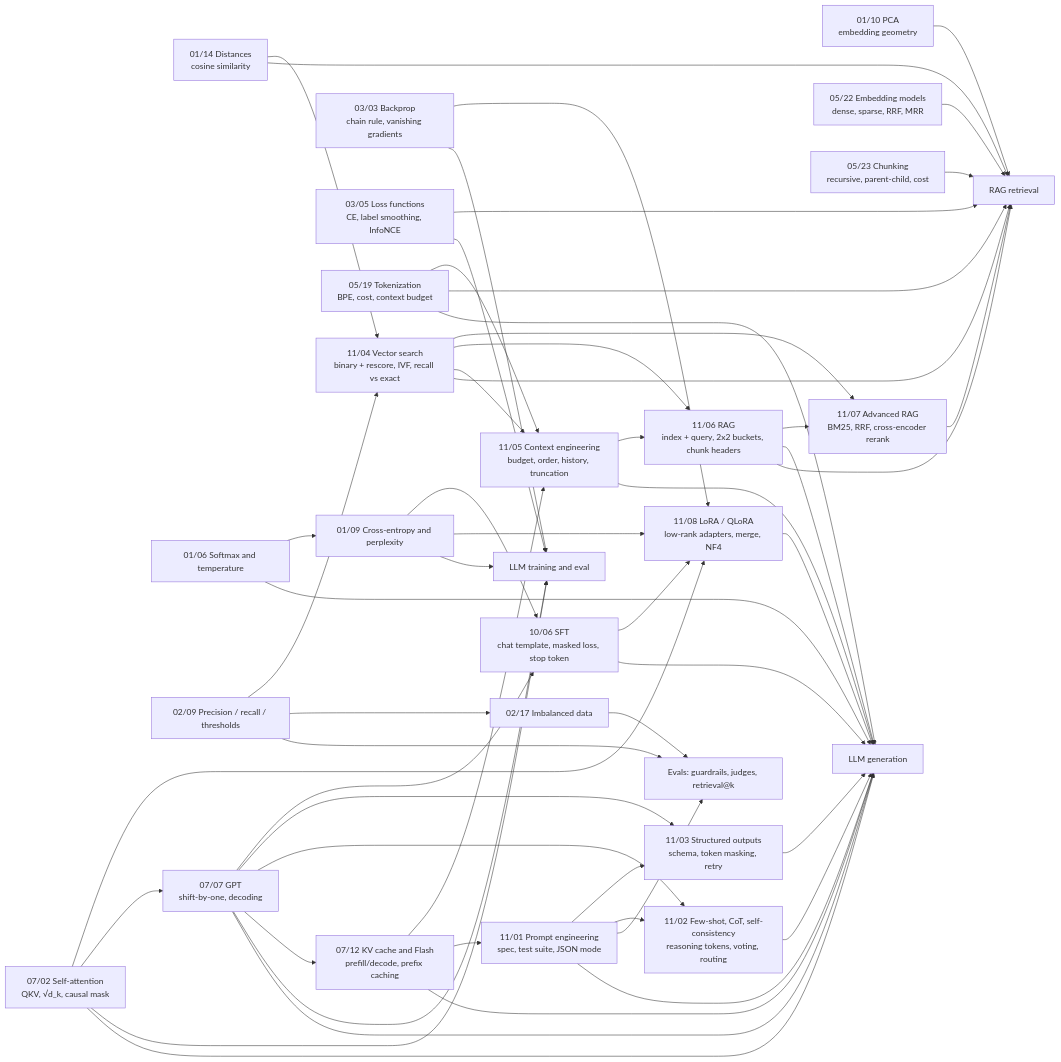
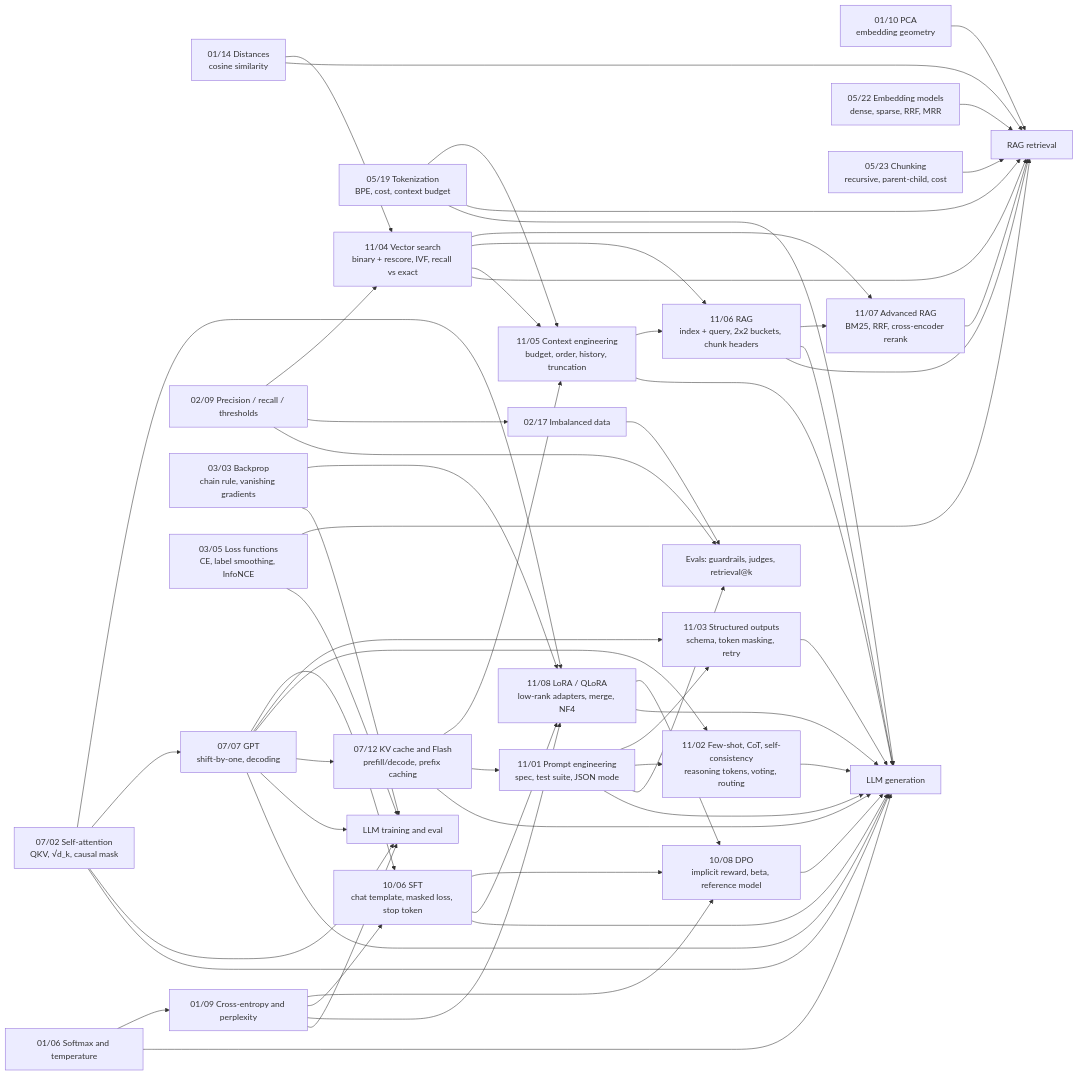
Before and after one commit to XElJayX/ai-engineering-journey: the diagram in notes/README.md, drawn with Mermaid. The commit also changed other lines of this file and 4 other files, not shown here.

````diff
--- a/notes/README.md
+++ b/notes/README.md
@@ -60,56 +61,60 @@
 ```mermaid
 flowchart LR
     A["01/14 Distances<br/>cosine similarity"] --> R["RAG retrieval"]
     B["01/10 PCA<br/>embedding geometry"] --> R
     C["01/06 Softmax and temperature"] --> G["LLM generation"]
     D["01/09 Cross-entropy and perplexity"] --> T["LLM training and eval"]
     C --> D
     E["02/09 Precision / recall / thresholds"] --> V["Evals: guardrails, judges, retrieval@k"]
     F["02/17 Imbalanced data"] --> V
     E --> F
     H["03/03 Backprop<br/>chain rule, vanishing gradients"] --> T
     I["03/05 Loss functions<br/>CE, label smoothing, InfoNCE"] --> T
     I --> R
     J["05/19 Tokenization<br/>BPE, cost, context budget"] --> G
     J --> R
     K["05/22 Embedding models<br/>dense, sparse, RRF, MRR"] --> R
     L["05/23 Chunking<br/>recursive, parent-child, cost"] --> R
     M["07/02 Self-attention<br/>QKV, √d_k, causal mask"] --> G
     M --> T
     N["07/07 GPT<br/>shift-by-one, decoding"] --> G
     N --> T
     M --> N
     O["07/12 KV cache and Flash<br/>prefill/decode, prefix caching"] --> G
     N --> O
     P["11/01 Prompt engineering<br/>spec, test suite, JSON mode"] --> G
     P --> V
     O --> P
     Q["11/02 Few-shot, CoT, self-consistency<br/>reasoning tokens, voting, routing"] --> G
     P --> Q
     N --> Q
     S["11/03 Structured outputs<br/>schema, token masking, retry"] --> G
     P --> S
     N --> S
     U["11/04 Vector search<br/>binary + rescore, IVF, recall vs exact"] --> R
     A --> U
     E --> U
     W["11/05 Context engineering<br/>budget, order, history, truncation"] --> G
     U --> W
     J --> W
     O --> W
     X["11/06 RAG<br/>index + query, 2x2 buckets, chunk headers"] --> R
     X --> G
     U --> X
     W --> X
     Y["11/07 Advanced RAG<br/>BM25, RRF, cross-encoder rerank"] --> R
     X --> Y
     U --> Y
     Z["11/08 LoRA / QLoRA<br/>low-rank adapters, merge, NF4"] --> G
     H --> Z
     M --> Z
     D --> Z
     AA["10/06 SFT<br/>chat template, masked loss, stop token"] --> G
     N --> AA
     D --> AA
     AA --> Z
+    AB["10/08 DPO<br/>implicit reward, beta, reference model"] --> G
+    AA --> AB
+    D --> AB
+    Z --> AB
 ```
````
